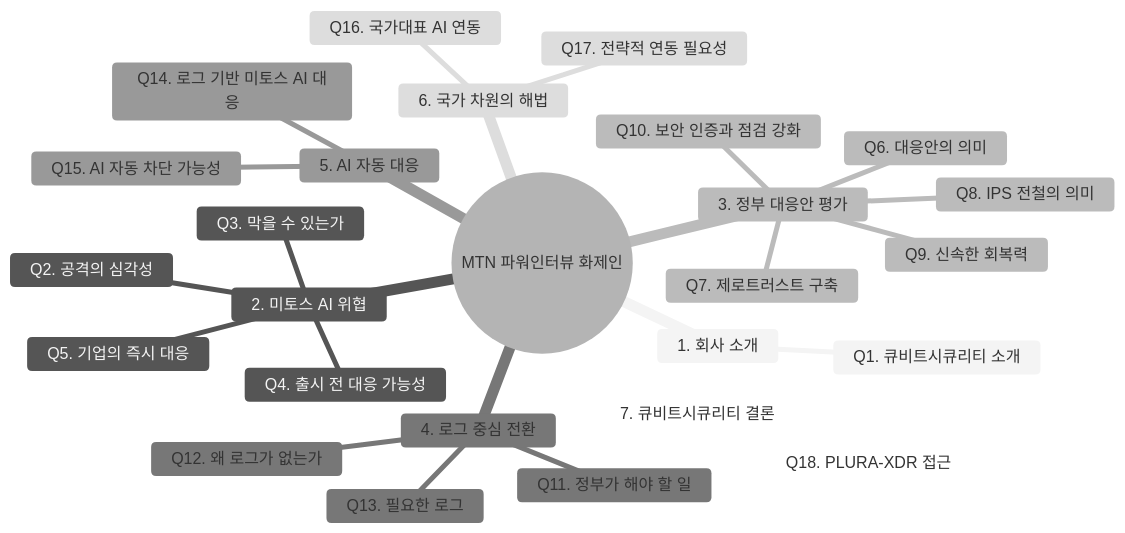
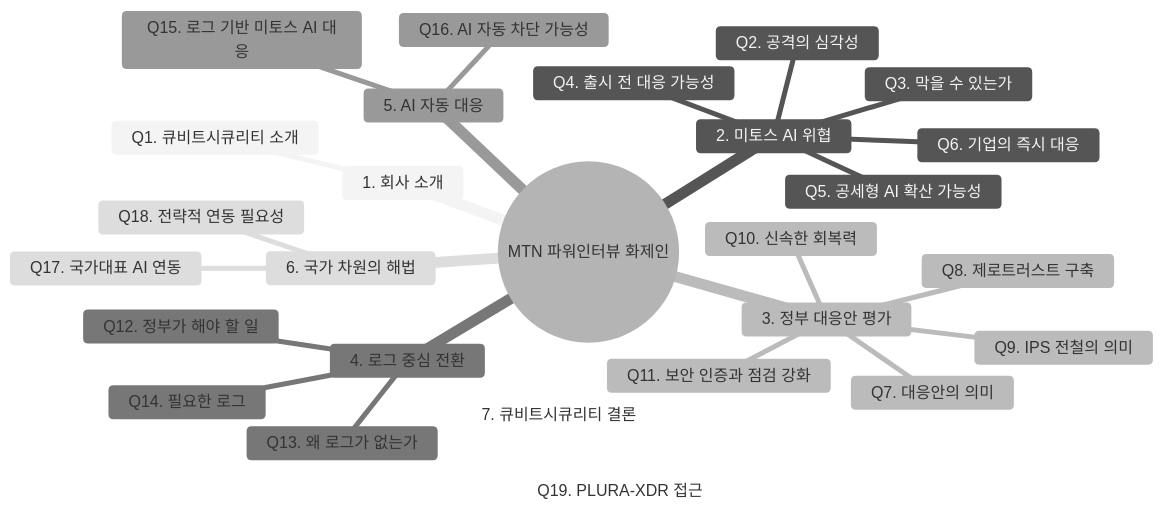
The diagram in proposal/ko/broadcasting/mtn-2026.05.11.md (qubitsec/plura), drawn with Mermaid (neutral theme) before and after one commit. The commit also changed other lines of this file, not shown here.

````diff
--- a/proposal/ko/broadcasting/mtn-2026.05.11.md
+++ b/proposal/ko/broadcasting/mtn-2026.05.11.md
@@ -5,29 +5,30 @@
 ```mermaid
 mindmap
   root((MTN 파워인터뷰 화제인))
     1. 회사 소개
       Q1. 큐비트시큐리티 소개
     2. 미토스 AI 위협
       Q2. 공격의 심각성
       Q3. 막을 수 있는가
       Q4. 출시 전 대응 가능성
-      Q5. 기업의 즉시 대응
+      Q5. 공세형 AI 확산 가능성
+      Q6. 기업의 즉시 대응
     3. 정부 대응안 평가
-      Q6. 대응안의 의미
-      Q7. 제로트러스트 구축
-      Q8. IPS 전철의 의미
-      Q9. 신속한 회복력
-      Q10. 보안 인증과 점검 강화
+      Q7. 대응안의 의미
+      Q8. 제로트러스트 구축
+      Q9. IPS 전철의 의미
+      Q10. 신속한 회복력
+      Q11. 보안 인증과 점검 강화
     4. 로그 중심 전환
-      Q11. 정부가 해야 할 일
-      Q12. 왜 로그가 없는가
-      Q13. 필요한 로그
+      Q12. 정부가 해야 할 일
+      Q13. 왜 로그가 없는가
+      Q14. 필요한 로그
     5. AI 자동 대응
-      Q14. 로그 기반 미토스 AI 대응
-      Q15. AI 자동 차단 가능성
+      Q15. 로그 기반 미토스 AI 대응
+      Q16. AI 자동 차단 가능성
     6. 국가 차원의 해법
-      Q16. 국가대표 AI 연동
-      Q17. 전략적 연동 필요성
+      Q17. 국가대표 AI 연동
+      Q18. 전략적 연동 필요성
     7. 큐비트시큐리티 결론
-      Q18. PLURA-XDR 접근
+      Q19. PLURA-XDR 접근
 ```
````
